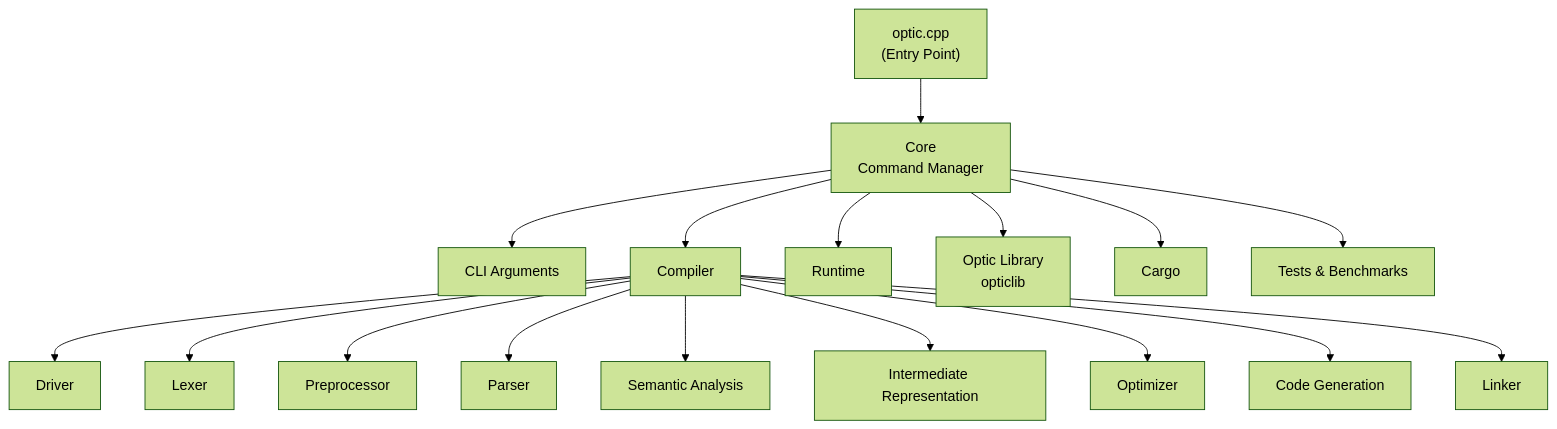
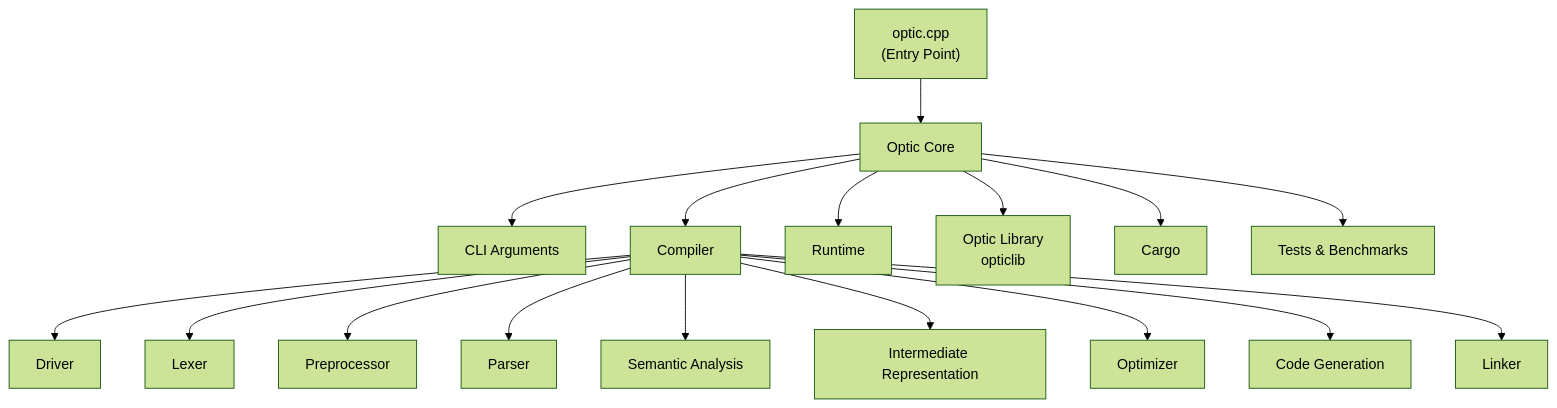
One commit to levtcode/Optic-Language changed the diagram in README.md. Above: the diagram before and after it, drawn with Mermaid (forest theme). The commit also changed 4 other files, not shown here.

````diff
--- a/README.md
+++ b/README.md
@@ -104,38 +104,38 @@
 ```mermaid
 flowchart TD
 
     A["optic.cpp<br/>(Entry Point)"]
 
-    B["Core<br/>Command Manager"]
+    B["Optic Core"]
 
     C["CLI Arguments"]
 
     D["Compiler"]
 
     E["Runtime"]
 
     F["Optic Library<br/>opticlib"]
 
     G["Cargo"]
 
     H["Tests & Benchmarks"]
 
     A --> B
 
     B --> C
     B --> D
     B --> E
     B --> F
     B --> G
     B --> H
 
     D --> D1["Driver"]
     D --> D2["Lexer"]
     D --> D3["Preprocessor"]
     D --> D4["Parser"]
     D --> D5["Semantic Analysis"]
     D --> D6["Intermediate Representation"]
     D --> D7["Optimizer"]
     D --> D8["Code Generation"]
     D --> D9["Linker"]
 ```
````
